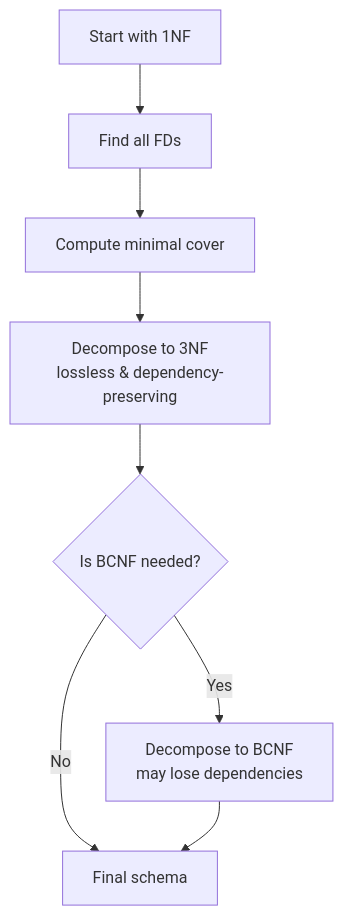
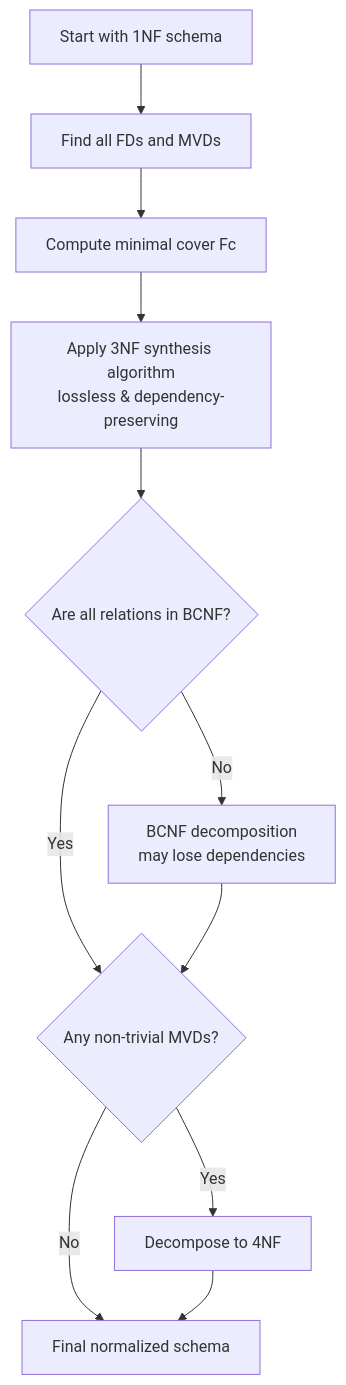
Before and after one commit to manishkumar8312/CS-Fundamentals: the eighth of 8 diagrams in DBMS/Ch 07 - Normalization.md, drawn with Mermaid. The commit also changed other lines of this file, not shown here.

````diff
--- a/DBMS/Ch 07 - Normalization.md
+++ b/DBMS/Ch 07 - Normalization.md
@@ -207,10 +303,13 @@
 ```mermaid
 flowchart TD
-    Start[Start with 1NF] --> Find[Find all FDs]
-    Find --> Compute[Compute minimal cover]
-    Compute --> Decomp3NF[Decompose to 3NF<br/>lossless & dependency-preserving]
-    Decomp3NF --> CheckBCNF{Is BCNF needed?}
-    CheckBCNF -->|Yes| DecompBCNF[Decompose to BCNF<br/>may lose dependencies]
-    CheckBCNF -->|No| Done[Final schema]
-    DecompBCNF --> Done
+    Start[Start with 1NF schema] --> FindFDs[Find all FDs and MVDs]
+    FindFDs --> MinCover[Compute minimal cover Fc]
+    MinCover --> Synth3NF[Apply 3NF synthesis algorithm<br/>lossless & dependency-preserving]
+    Synth3NF --> CheckBCNF{Are all relations in BCNF?}
+    CheckBCNF -->|Yes| Check4NF{Any non-trivial MVDs?}
+    CheckBCNF -->|No| BCNFDecomp[BCNF decomposition<br/>may lose dependencies]
+    BCNFDecomp --> Check4NF
+    Check4NF -->|Yes| FourNF[Decompose to 4NF]
+    Check4NF -->|No| Done[Final normalized schema]
+    FourNF --> Done
 ```
````
